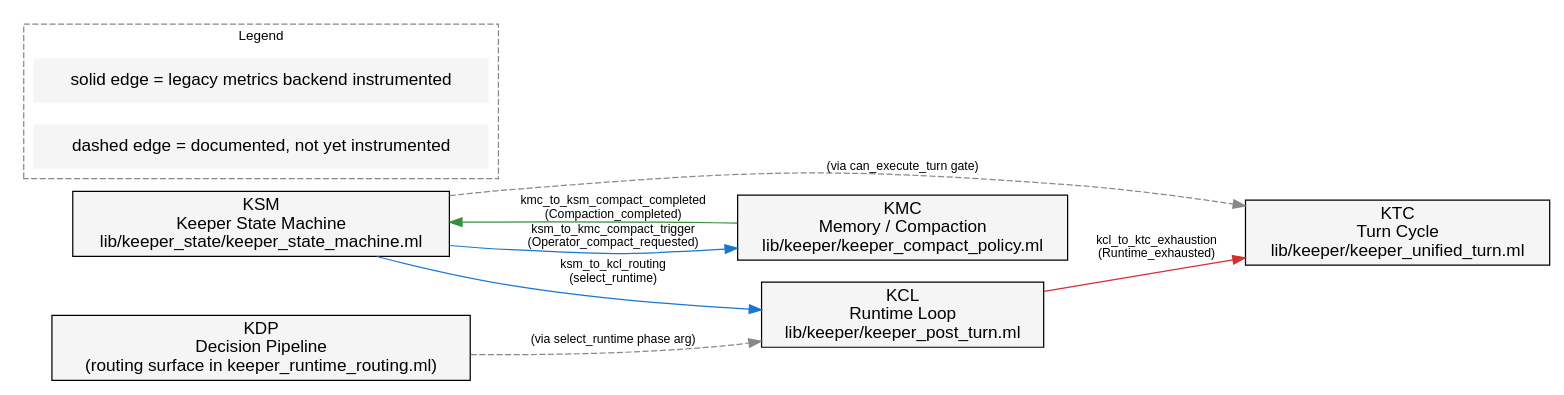
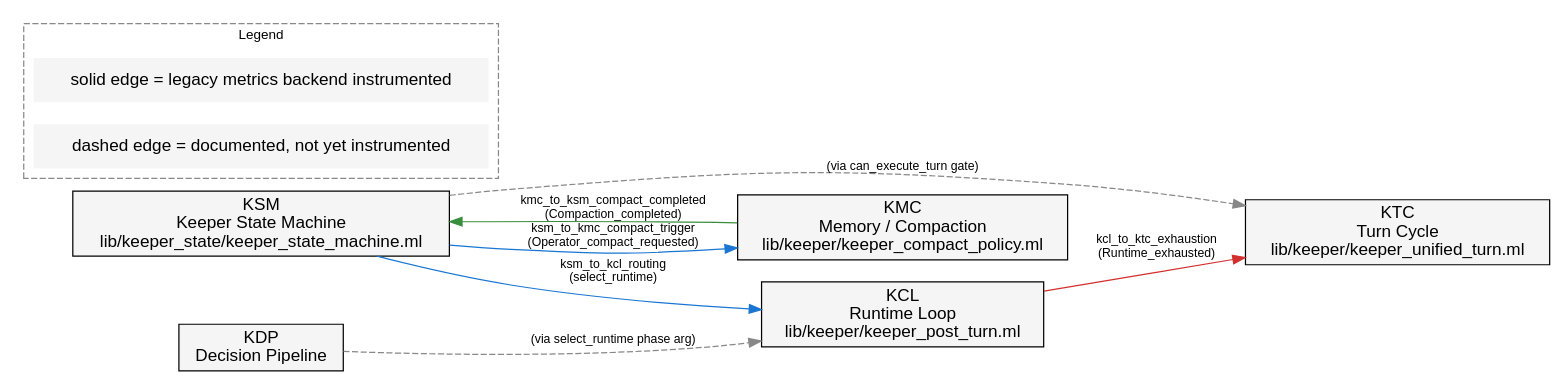
The diagram in docs/keeper-fsm-graph.dot (jeong-sik/masc), drawn with Graphviz before and after one commit. The commit also changed 4 other files, not shown here.

```diff
--- a/docs/keeper-fsm-graph.dot
+++ b/docs/keeper-fsm-graph.dot
@@ -1,82 +1,82 @@
 // keeper-fsm-graph.dot — Static cross-FSM coupling graph for the
 // keeper system (KSM / KTC / KDP / KCL / KMC).
 //
 // Each labeled edge corresponds to a [edge=<label>] value emitted by
 // the legacy metrics backend counter [masc_keeper_fsm_edge_transitions_total]
 // (declared in legacy metrics backend interface).
 //
 // Render:
 //   dot -Tsvg docs/keeper-fsm-graph.dot -o docs/keeper-fsm-graph.svg
 //
 // Validate the OCaml wiring still matches:
 //   bash scripts/validate-keeper-fsm-graph.sh
 //
 // References:
 //   - test/test_keeper_fsm_joints.ml (PR-H, joint invariant tests)
 
 digraph keeper_fsm {
   rankdir = LR;
   fontname = "Helvetica";
   node [shape=box, style=filled, fillcolor="#f5f5f5", fontname="Helvetica"];
   edge [fontname="Helvetica", fontsize=10];
 
   // 5 sub-FSM nodes (RFC-0002 + RFC-0003).
   KSM [label="KSM\nKeeper State Machine\nlib/keeper_state/keeper_state_machine.ml"];
   KTC [label="KTC\nTurn Cycle\nlib/keeper/keeper_unified_turn.ml"];
-  KDP [label="KDP\nDecision Pipeline\n(routing surface in keeper_runtime_routing.ml)"];
+  KDP [label="KDP\nDecision Pipeline"];
   KCL [label="KCL\nRuntime Loop\nlib/keeper/keeper_post_turn.ml"];
   KMC [label="KMC\nMemory / Compaction\nlib/keeper/keeper_compact_policy.ml"];
 
   // ── Instrumented edges (counter labels match the OCaml call sites) ──
 
   KSM -> KCL [
     label = "ksm_to_kcl_routing\n(select_runtime)",
     color = "#1976d2",
     tooltip = "lib/keeper/keeper_unified_turn.ml:1086"
   ];
 
   KSM -> KMC [
     label = "ksm_to_kmc_compact_trigger\n(Operator_compact_requested)",
     color = "#1976d2",
     tooltip = "lib/keeper/keeper_manual_compaction.ml (manual-only since #26546)"
   ];
 
   KMC -> KSM [
     label = "kmc_to_ksm_compact_completed\n(Compaction_completed)",
     color = "#388e3c",
     tooltip = "lib/keeper/keeper_context_runtime.ml:198 + lib/keeper/keeper_unified_turn.ml:1925"
   ];
 
   KCL -> KTC [
     label = "kcl_to_ktc_exhaustion\n(Runtime_exhausted)",
     color = "#d32f2f",
     tooltip = "lib/keeper/keeper_unified_turn.ml:1647"
   ];
 
   // ── Documented but un-instrumented edges (follow-up trail) ──
 
   KDP -> KCL [
     label = "(via select_runtime phase arg)",
     style = "dashed",
     color = "#888888",
     tooltip = "Currently fused into ksm_to_kcl_routing; KDP signal arrives as the phase argument"
   ];
 
   KSM -> KTC [
     label = "(via can_execute_turn gate)",
     style = "dashed",
     color = "#888888",
     tooltip = "Pure predicate keeper_state_machine.ml:can_execute_turn — no counter, gate read at every turn entry"
   ];
 
   // ── Legend ─────────────────────────────────────────────
   subgraph cluster_legend {
     label = "Legend";
     style = dashed;
     color = "#888888";
     fontsize = 11;
 
     legend_solid [label="solid edge = legacy metrics backend instrumented", shape=plaintext];
     legend_dashed [label="dashed edge = documented, not yet instrumented", shape=plaintext];
   }
 }
```
